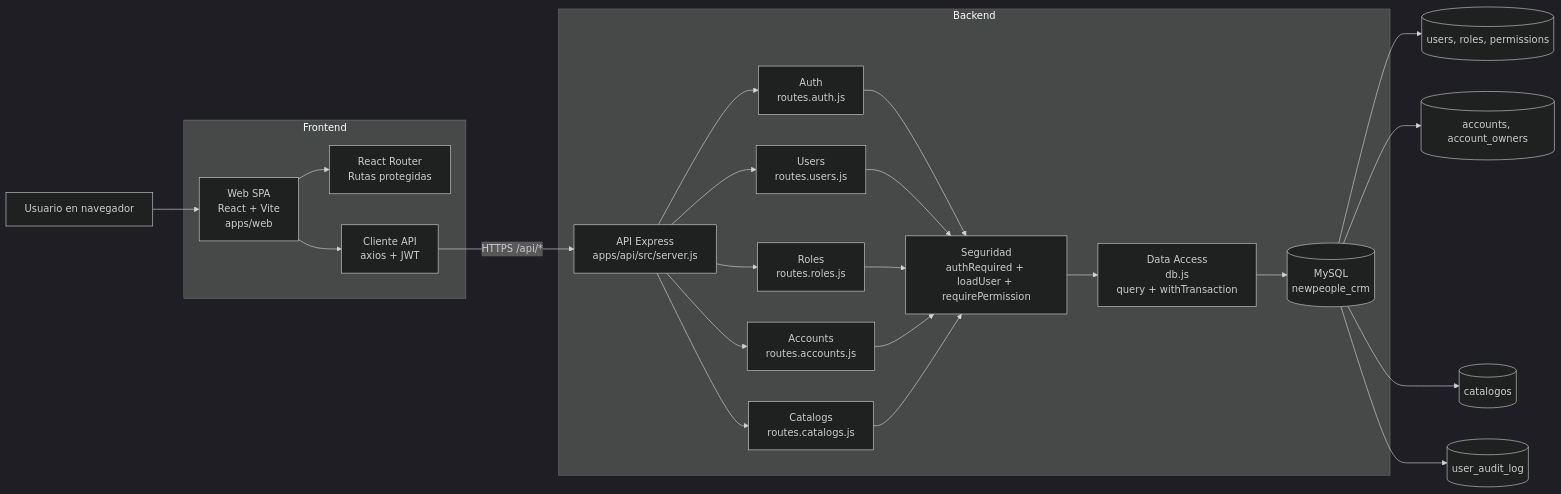
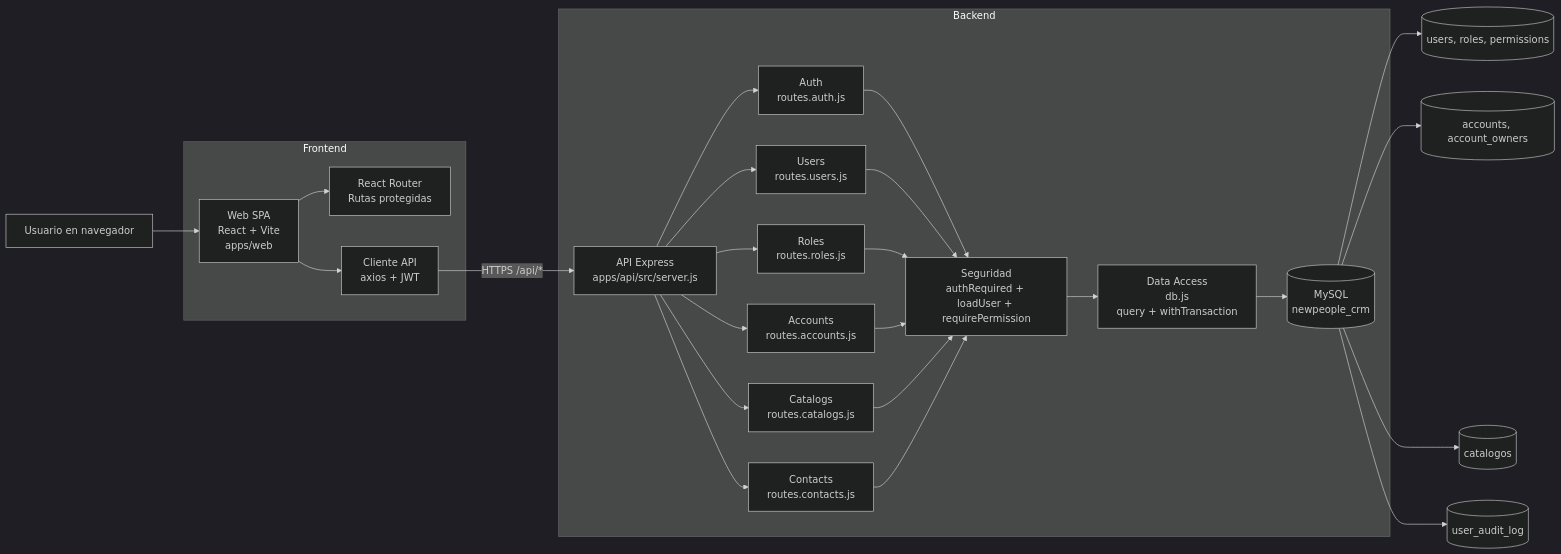
The first of 2 diagrams in readme/arquitectura-aplicacion.md (ocpdata/newpeople), drawn with Mermaid (dark theme) before and after one commit. The commit also changed other lines of this file, not shown here.

````diff
--- a/readme/arquitectura-aplicacion.md
+++ b/readme/arquitectura-aplicacion.md
@@ -30,33 +30,35 @@
 ```mermaid
 flowchart LR
     U[Usuario en navegador] --> W[Web SPA\nReact + Vite\napps/web]
 
     subgraph FE[Frontend]
       W --> R[React Router\nRutas protegidas]
       W --> A[Cliente API\naxios + JWT]
     end
 
     A -->|HTTPS /api/*| S[API Express\napps/api/src/server.js]
 
     subgraph BE[Backend]
       S --> M1[Auth\nroutes.auth.js]
       S --> M2[Users\nroutes.users.js]
       S --> M3[Roles\nroutes.roles.js]
       S --> M4[Accounts\nroutes.accounts.js]
       S --> M5[Catalogs\nroutes.catalogs.js]
+      S --> M6[Contacts\nroutes.contacts.js]
 
       M1 --> SEC[Seguridad\nauthRequired + loadUser + requirePermission]
       M2 --> SEC
       M3 --> SEC
       M4 --> SEC
       M5 --> SEC
+      M6 --> SEC
 
       SEC --> DBL[Data Access\ndb.js\nquery + withTransaction]
       DBL --> DB[(MySQL\nnewpeople_crm)]
     end
 
     DB --> T1[(users, roles, permissions)]
     DB --> T2[(accounts, account_owners)]
     DB --> T3[(catalogos)]
     DB --> T4[(user_audit_log)]
 ```
````
